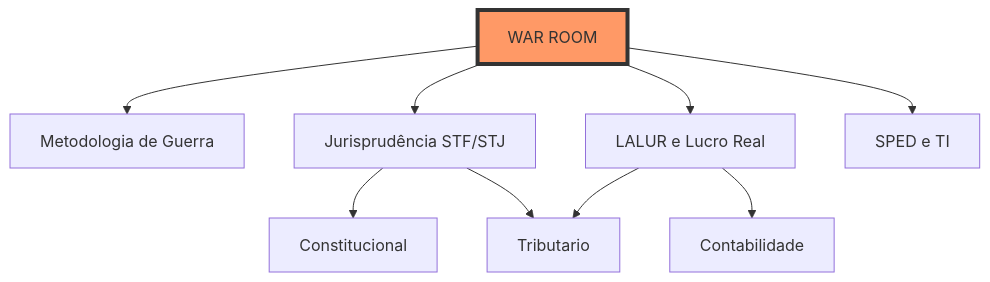
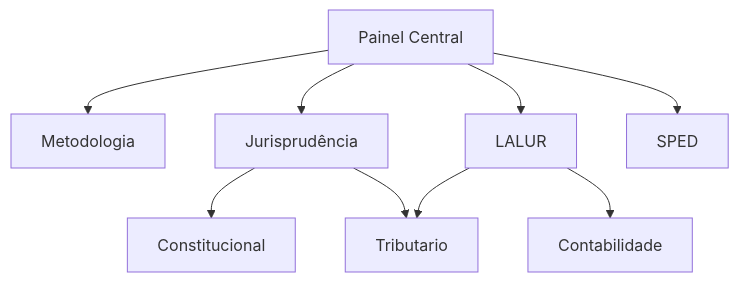
The diagram in 00 - Painel Geral Fiscal/Fiscal.md (VGViana/Controle), drawn with Mermaid before and after one commit. The commit also changed other lines of this file and 1 other file, not shown here.

````diff
--- a/00 - Painel Geral Fiscal/Fiscal.md
+++ b/00 - Painel Geral Fiscal/Fiscal.md
@@ -62,12 +58,11 @@
 ```mermaid
 graph TD
-  WarRoom[WAR ROOM] --> Metodologia[Metodologia de Guerra]
-  WarRoom --> Jurisprudencia[Jurisprudência STF/STJ]
-  WarRoom --> LALUR[LALUR e Lucro Real]
-  WarRoom --> SPED[SPED e TI]
+  Central[Painel Central] --> Metodologia[Metodologia]
+  Central --> Jurisprudencia[Jurisprudência]
+  Central --> LALUR[LALUR]
+  Central --> SPED[SPED]
   LALUR --> Contabilidade
   LALUR --> Tributario
   Jurisprudencia --> Tributario
   Jurisprudencia --> Constitucional
-  style WarRoom fill:#f96,stroke:#333,stroke-width:4px
 ```
````
